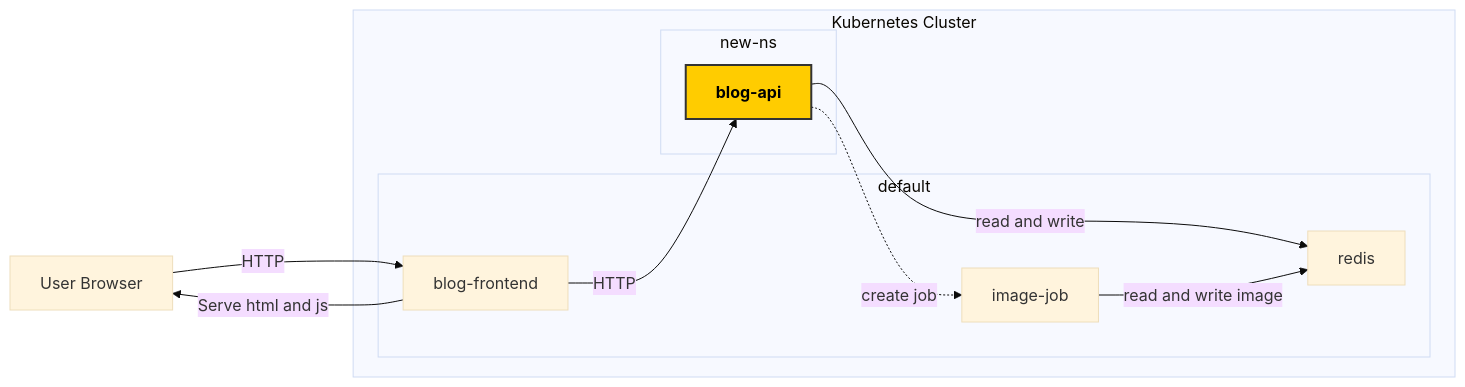
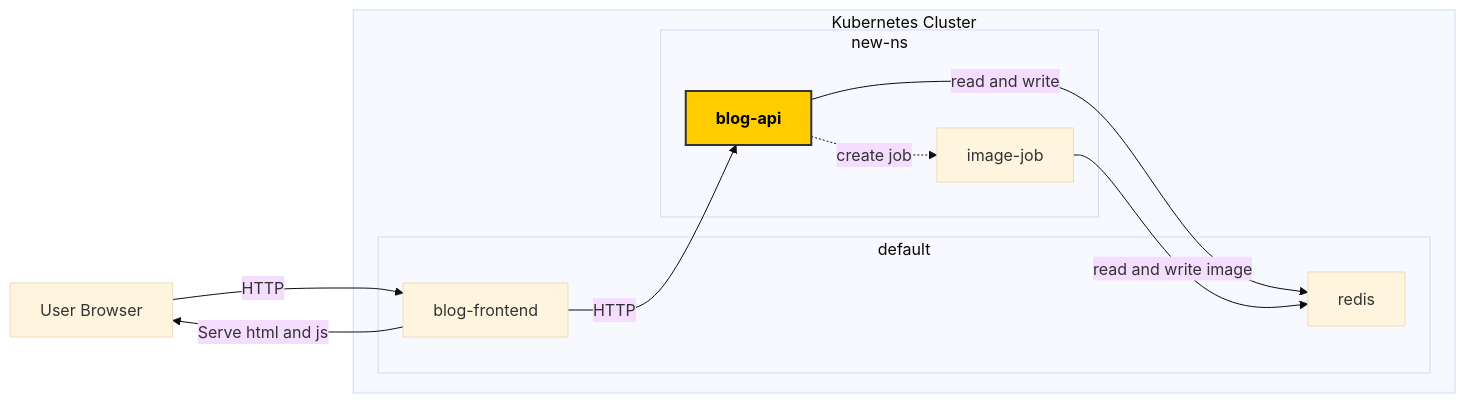
One commit to olaals/knowvember-2025-kubernetes changed the diagram in tasks/task-6-move-api-to-another-namespace/README.md. Above: the diagram before and after it, drawn with Mermaid (base theme).

Commit message:
Fix ns for image job in task 6

````diff
--- a/tasks/task-6-move-api-to-another-namespace/README.md
+++ b/tasks/task-6-move-api-to-another-namespace/README.md
@@ -3,26 +3,25 @@
 ```mermaid
 flowchart LR
   User[User Browser]
 
   subgraph K8s[Kubernetes Cluster]
     subgraph NS_default["default"]
       FE[blog-frontend]
-      JOB[image-job]
       REDIS[redis]
     end
 
     subgraph NS_new["new-ns"]
       API[blog-api]
+      JOB[image-job]
     end
   end
 
   User -->|HTTP| FE
   FE -->|Serve html and js| User
   FE -->|HTTP| API
   API -.->|create job| JOB
   API -->|read and write| REDIS
   JOB -->|read and write image| REDIS
 
-  %% Highlight only the API node (moved to new namespace)
   style API fill:#ffcc00,stroke:#333,stroke-width:2px,color:#000,font-weight:bold
 ```
````
